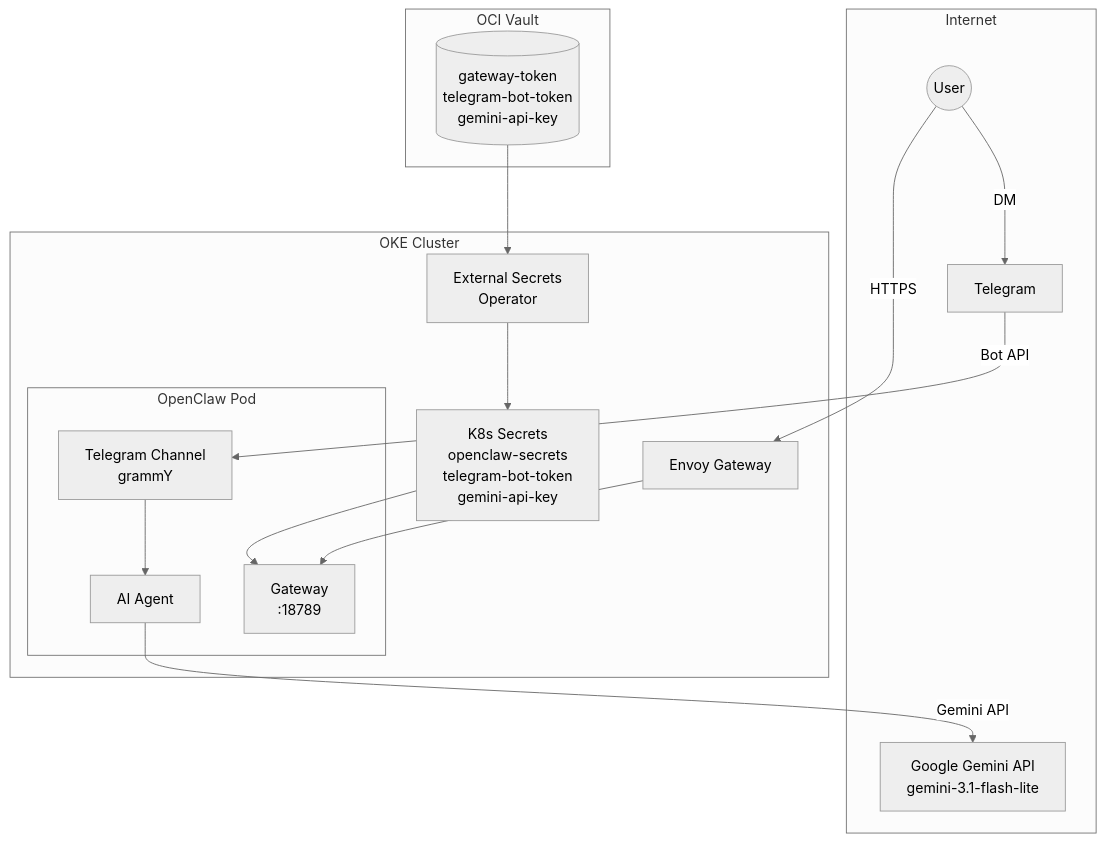
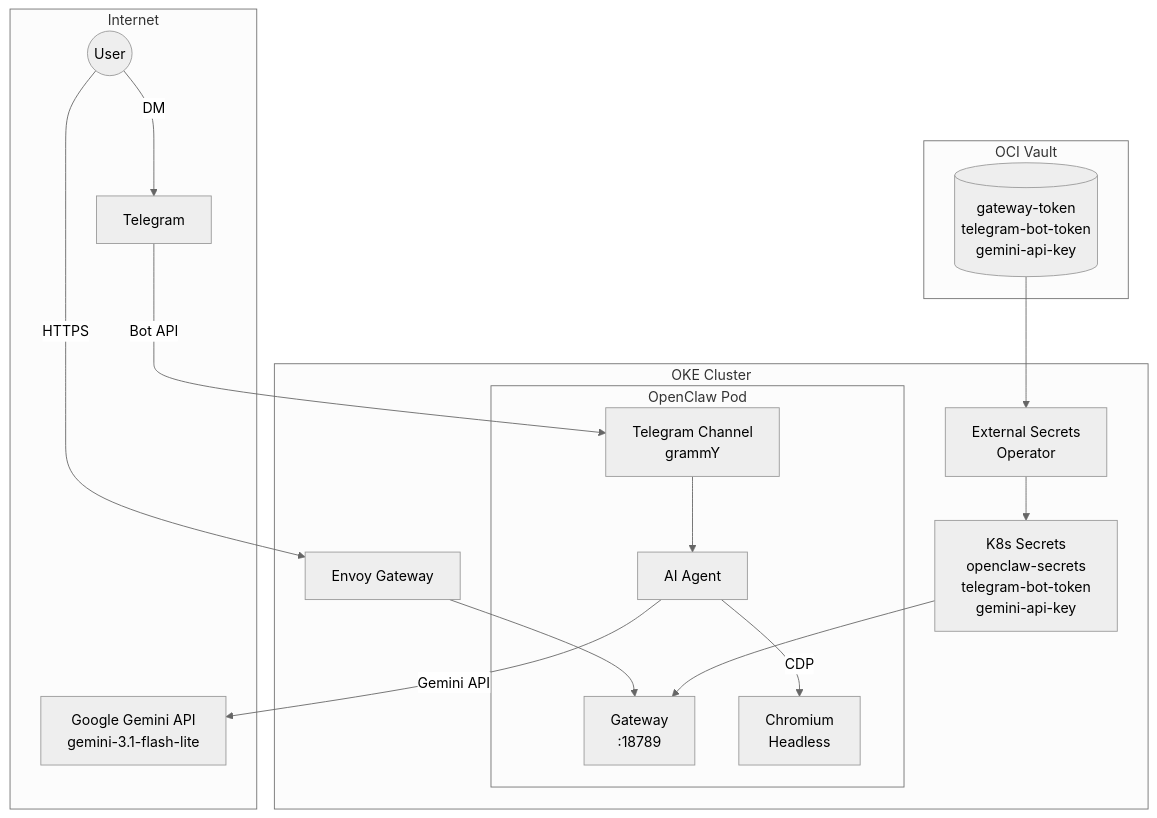
The diagram in docs/src/content/docs/architecture/openclaw.mdx (nsudhanva/k8s-oracle), drawn with Mermaid (neutral theme) before and after one commit. The commit also changed other lines of this file, not shown here.

````diff
--- a/docs/src/content/docs/architecture/openclaw.mdx
+++ b/docs/src/content/docs/architecture/openclaw.mdx
@@ -24,35 +22,37 @@
 ```mermaid
 flowchart TB
     subgraph Internet
         User((User))
         TG[Telegram]
         GeminiAPI[Google Gemini API<br/>gemini-3.1-flash-lite]
     end
 
     subgraph OKE["OKE Cluster"]
         Gateway[Envoy Gateway]
 
         subgraph OpenClawPod["OpenClaw Pod"]
             GW[Gateway<br/>:18789]
             Agent[AI Agent]
             TGChannel[Telegram Channel<br/>grammY]
+            Browser[Chromium<br/>Headless]
         end
 
         ESO[External Secrets<br/>Operator]
         Secrets[K8s Secrets<br/>openclaw-secrets<br/>telegram-bot-token<br/>gemini-api-key]
     end
 
     subgraph OCI["OCI Vault"]
         VaultSecrets[(gateway-token<br/>telegram-bot-token<br/>gemini-api-key)]
     end
 
     User -->|HTTPS| Gateway
     Gateway --> GW
     User -->|DM| TG
     TG -->|Bot API| TGChannel
     TGChannel --> Agent
     Agent -->|Gemini API| GeminiAPI
+    Agent -->|CDP| Browser
     VaultSecrets --> ESO
     ESO --> Secrets
     Secrets --> GW
 ```
````
